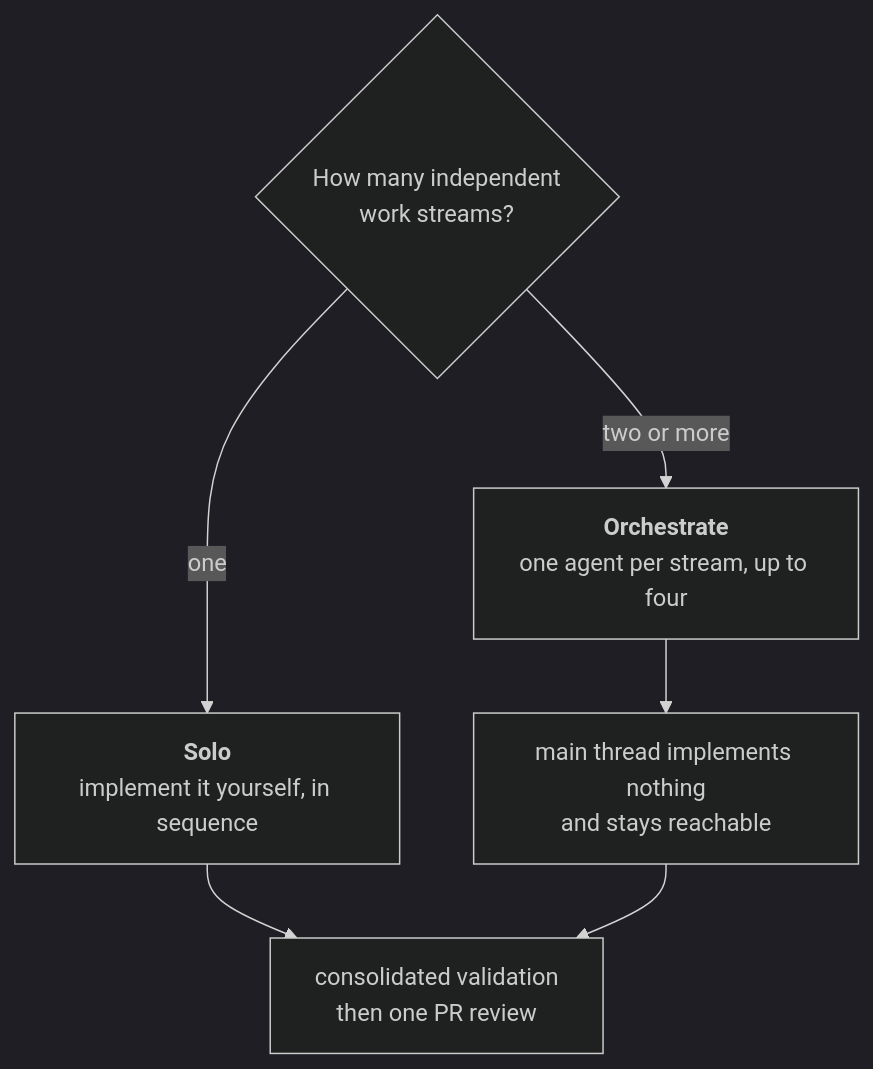
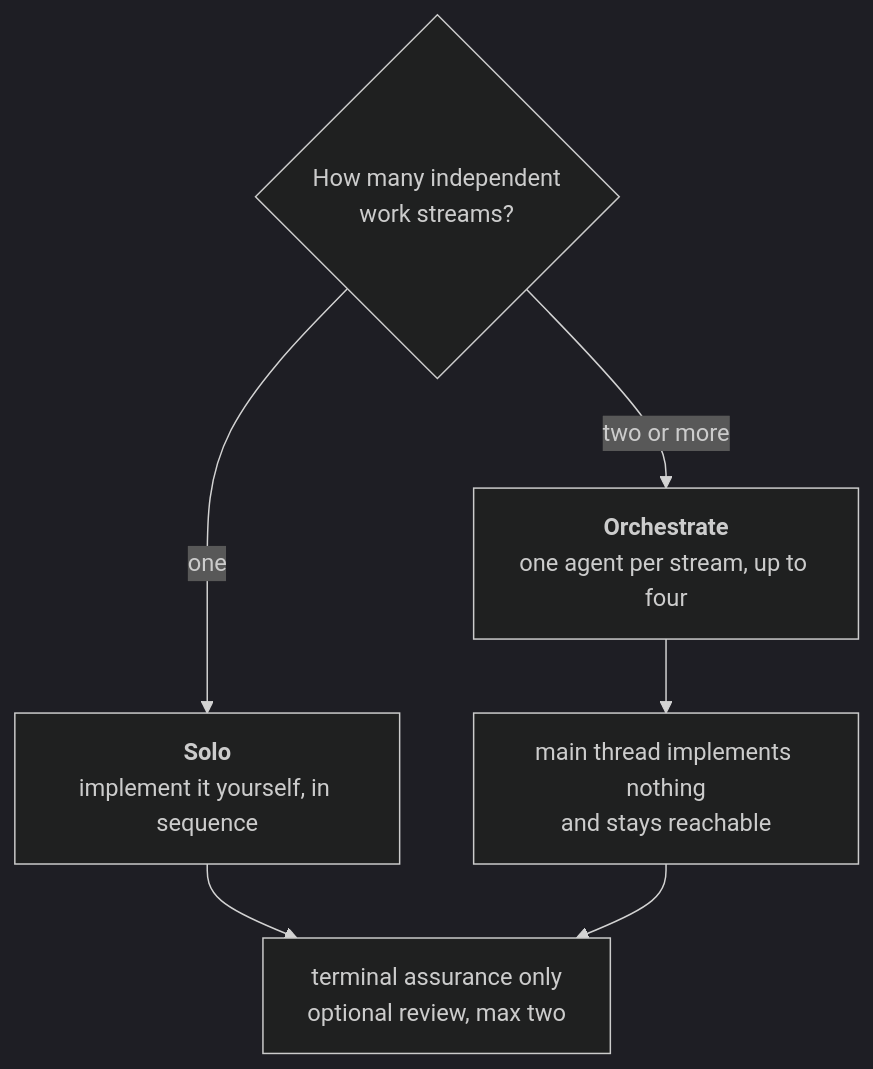
One commit to ShaftHQ/SHAFT_ENGINE changed the third of 4 diagrams in .agents/skills/README.md. Above: the diagram before and after it, drawn with Mermaid (dark theme). The commit also changed other lines of this file and 33 other files, not shown here.

````diff
--- a/.agents/skills/README.md
+++ b/.agents/skills/README.md
@@ -74,9 +74,9 @@
 ```mermaid
 flowchart TD
     Q{"How many independent<br/>work streams?"}
     Q -->|one| S["<b>Solo</b><br/>implement it yourself, in sequence"]
     Q -->|"two or more"| O["<b>Orchestrate</b><br/>one agent per stream, up to four"]
-    S --> RV["consolidated validation<br/>then one PR review"]
+    S --> RV["terminal assurance only<br/>optional review, max two"]
     O --> OW["main thread implements nothing<br/>and stays reachable"]
     OW --> RV
 ```
````
